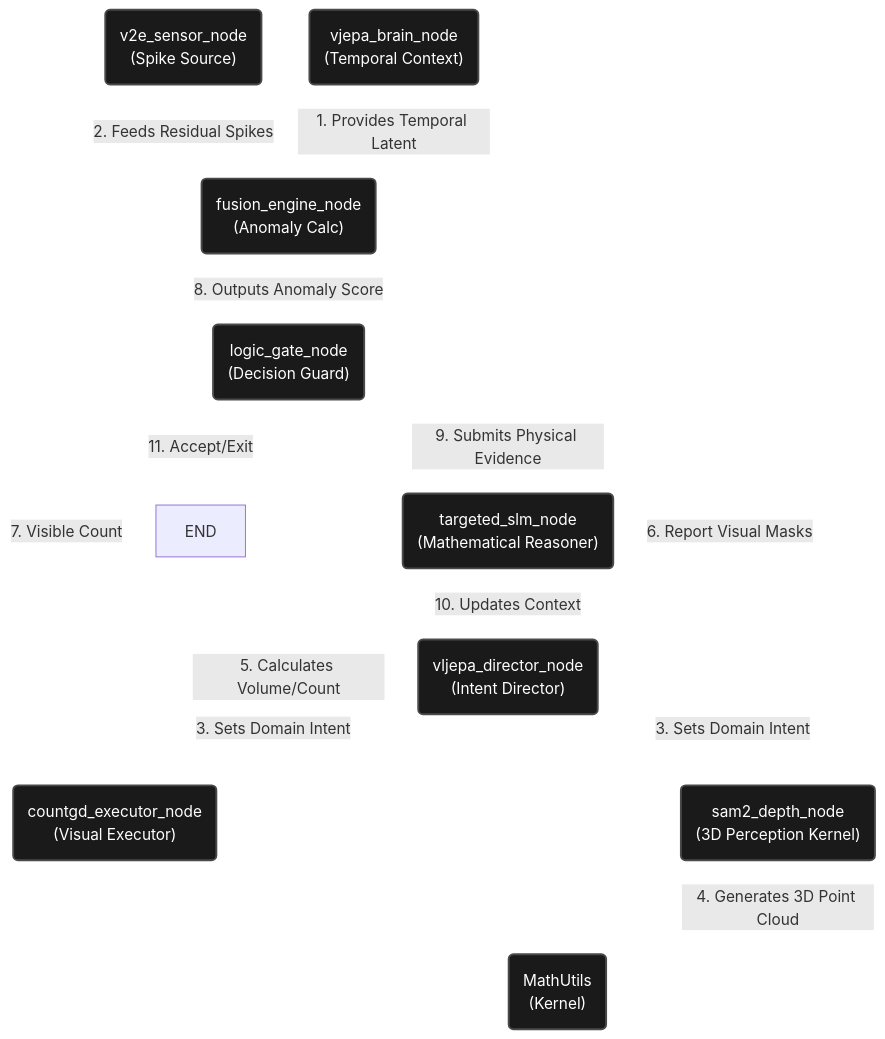
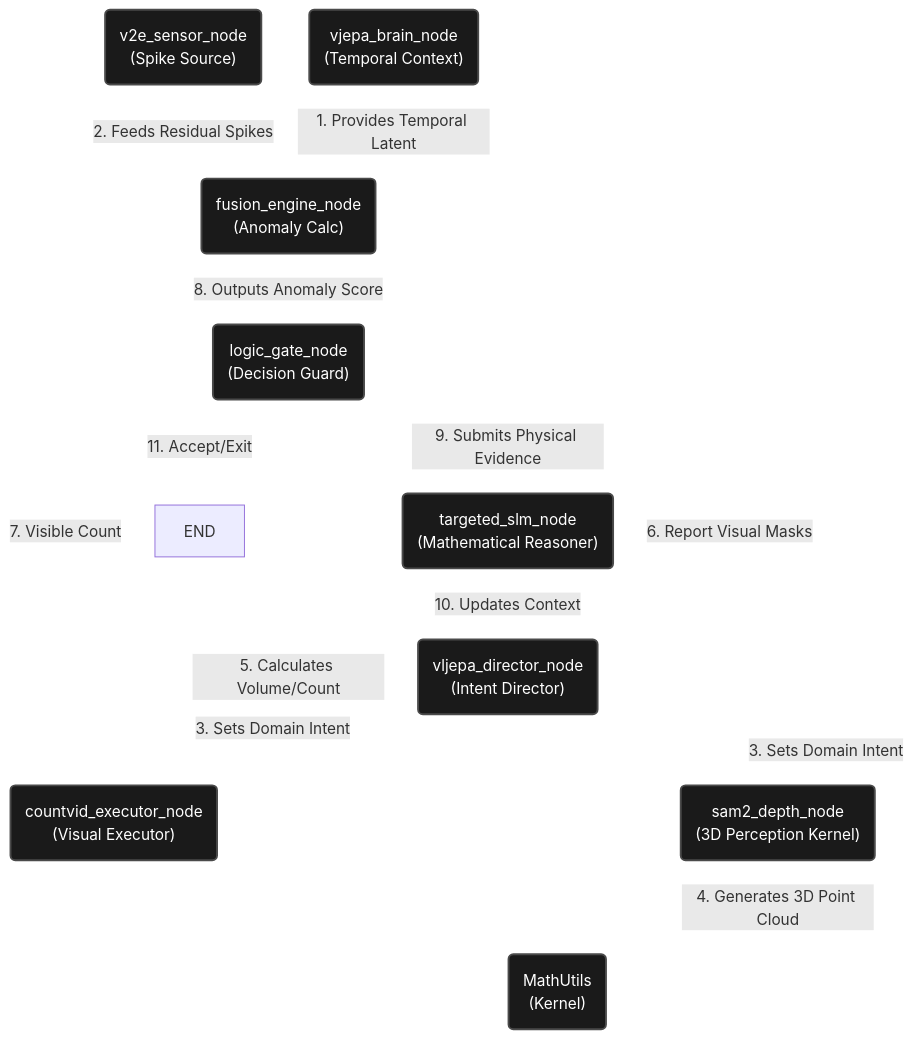
Before and after one commit to Yonnnnnnnnn/numeri-vjepa-experiment: the diagram in Architecture_Diagram.md, drawn with Mermaid. The commit also changed other lines of this file and 7434 other files, not shown here.

Commit message:
feat: migrate visual counting engine to CountVid (AAAI 2026) & sync all tech docs

````diff
--- a/Architecture_Diagram.md
+++ b/Architecture_Diagram.md
@@ -27,40 +27,40 @@
 ```mermaid
 graph TD
     %% Define Objects (Nodes)
     v2e_sensor_node("v2e_sensor_node<br>(Spike Source)")
     vjepa_brain_node("vjepa_brain_node<br>(Temporal Context)")
     vljepa_director_node("vljepa_director_node<br>(Intent Director)")
-    countgd_executor_node("countgd_executor_node<br>(Visual Executor)")
+    countvid_executor_node("countvid_executor_node<br>(Visual Executor)")
     sam2_depth_node("sam2_depth_node<br>(3D Perception Kernel)")
     fusion_engine_node("fusion_engine_node<br>(Anomaly Calc)")
     logic_gate_node("logic_gate_node<br>(Decision Guard)")
     targeted_slm_node("targeted_slm_node<br>(Mathematical Reasoner)")
     MathUtils("MathUtils<br>(Kernel)")
 
     %% Define Morphisms (Arrows = Actions)
 
     %% Sensory & Intent Flow
     vjepa_brain_node -- "1. Provides Temporal Latent" --> fusion_engine_node
     v2e_sensor_node -- "2. Feeds Residual Spikes" --> fusion_engine_node
     vljepa_director_node -- "3. Sets Domain Intent" --> sam2_depth_node
-    vljepa_director_node -- "3. Sets Domain Intent" --> countgd_executor_node
+    vljepa_director_node -- "3. Sets Domain Intent" --> countvid_executor_node
 
     %% Perception & Math Flow
     sam2_depth_node -- "4. Generates 3D Point Cloud" --> MathUtils
     MathUtils -- "5. Calculates Volume/Count" --> logic_gate_node
     sam2_depth_node -- "6. Report Visual Masks" --> fusion_engine_node
-    countgd_executor_node -- "7. Visible Count" --> fusion_engine_node
+    countvid_executor_node -- "7. Visible Count" --> fusion_engine_node
 
     %% Analysis & Decision Flow
     fusion_engine_node -- "8. Outputs Anomaly Score" --> logic_gate_node
     logic_gate_node -- "9. Submits Physical Evidence" --> targeted_slm_node
 
     %% Recursion & Exit
     targeted_slm_node -- "10. Updates Context" --> vljepa_director_node
     logic_gate_node -- "11. Accept/Exit" --> END["END"]
 
     %% Styling
     linkStyle default stroke-width:2px,fill:none,stroke:white;
     classDef object fill:#1a1a1a,stroke:#4a4a4a,stroke-width:2px,color:white;
-    class v2e_sensor_node,vjepa_brain_node,vljepa_director_node,countgd_executor_node,sam2_depth_node,fusion_engine_node,logic_gate_node,targeted_slm_node,MathUtils object;
+    class v2e_sensor_node,vjepa_brain_node,vljepa_director_node,countvid_executor_node,sam2_depth_node,fusion_engine_node,logic_gate_node,targeted_slm_node,MathUtils object;
 ```
````
